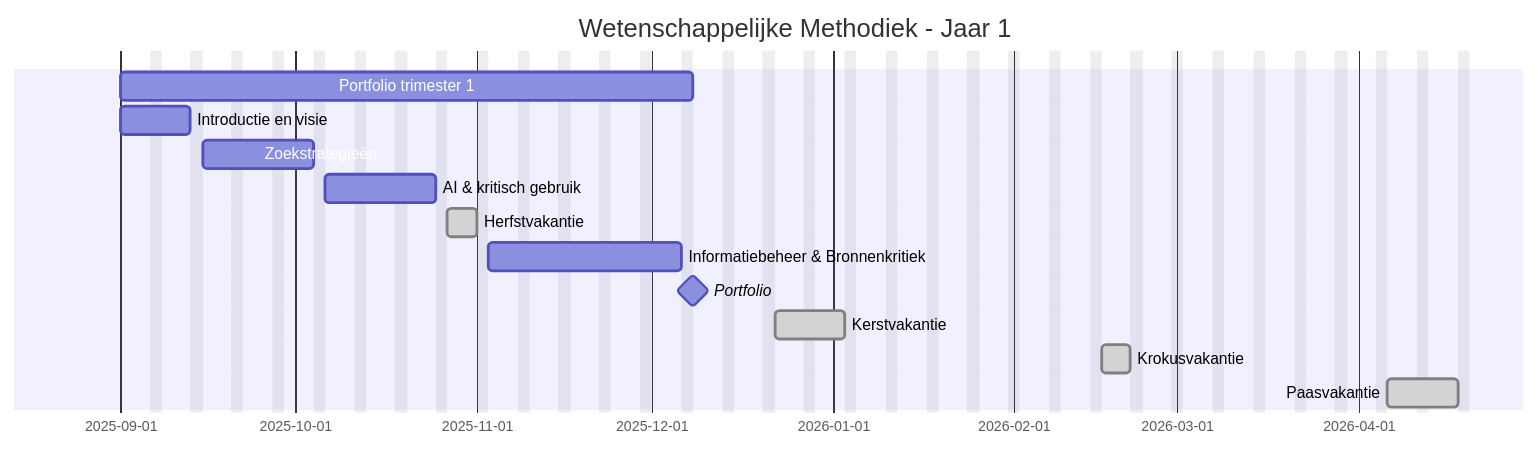
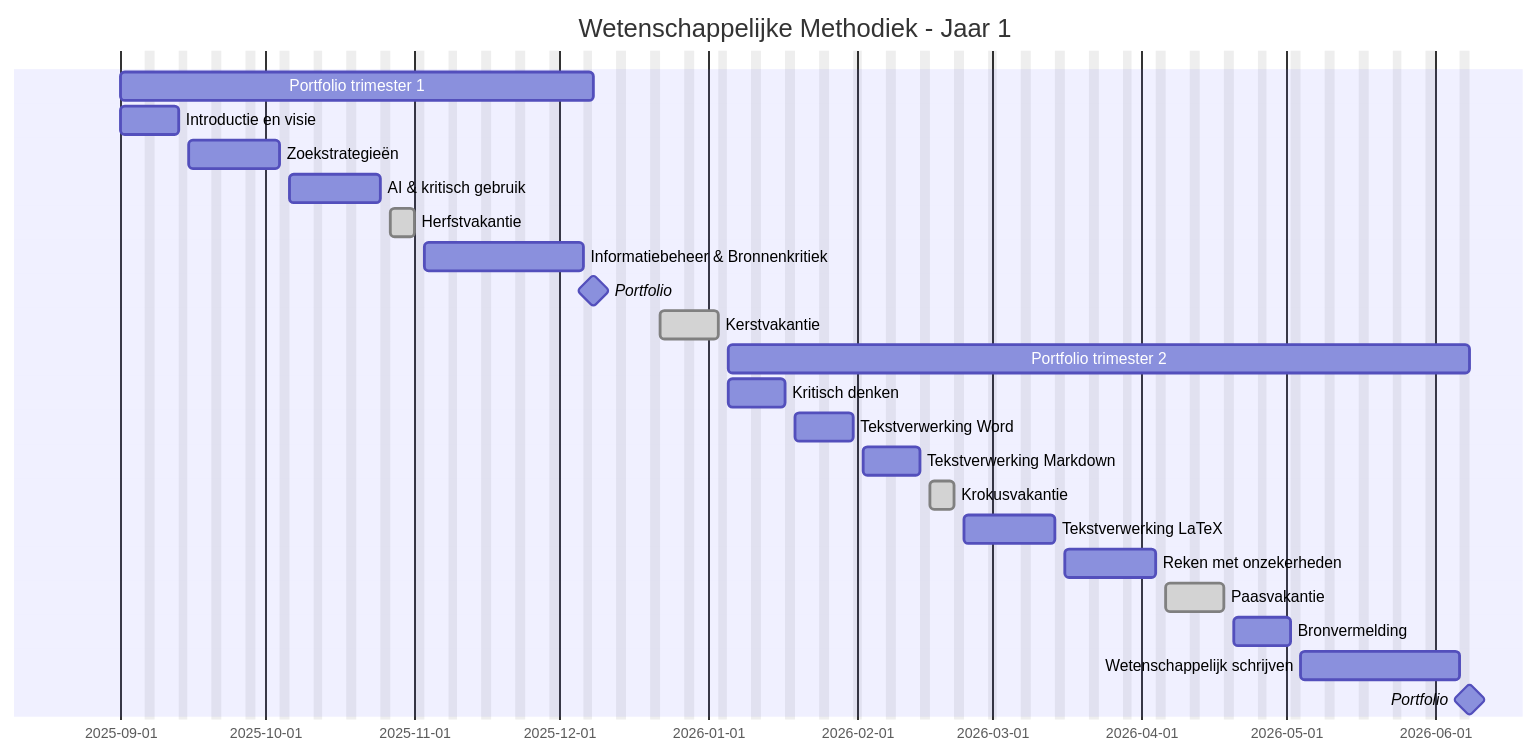
Before and after one commit to psmsmets/WetenschappelijkeMethodiek: the first of 2 diagrams in intro.qmd, drawn with Mermaid. The commit also changed 6 other files, not shown here.

````diff
--- a/intro.qmd
+++ b/intro.qmd
@@ -81,21 +81,37 @@
 ```{mermaid}
 gantt
     title Wetenschappelijke Methodiek - Jaar 1
     dateFormat  YYYY-MM-DD
     excludes    weekends
 
     Portfolio trimester 1              :2025-09-01, 2025-12-08
 
     Introductie en visie               :i1, 2025-09-01, 10d
     Zoekstrategieën                    :a1, after i1, 15d
     AI & kritisch gebruik              :a2, after a1, 15d
     Herfstvakantie                     :done, break1, 2025-10-27, 5d
 
     Informatiebeheer & Bronnenkritiek  :a3, after break1, 25d
 
     Portfolio                          :milestone, 2025-12-08, 0d
 
     Kerstvakantie                      :done, break2, 2025-12-22, 10d
+
+    Portfolio trimester 2              :2026-01-05, 2026-06-08
+
+    Kritisch denken                    :i2, after break2, 10d
+    Tekstverwerking Word               :b1, after i2, 10d
+    Tekstverwerking Markdown           :b2, after b1, 10d
+
     Krokusvakantie                     :done, break3, 2026-02-16, 5d
+
+    Tekstverwerking LaTeX              :b3, after break3, 15d
+    Reken met onzekerheden             :b4, after b3, 15d
+
     Paasvakantie                       :done, break4, 2026-04-06, 10d
+
+    Bronvermelding                     :c1, after break4, 10d
+    Wetenschappelijk schrijven         :c2, after c1, 25d
+
+    Portfolio                          :milestone, 2026-06-08, 0d
 ```
````
